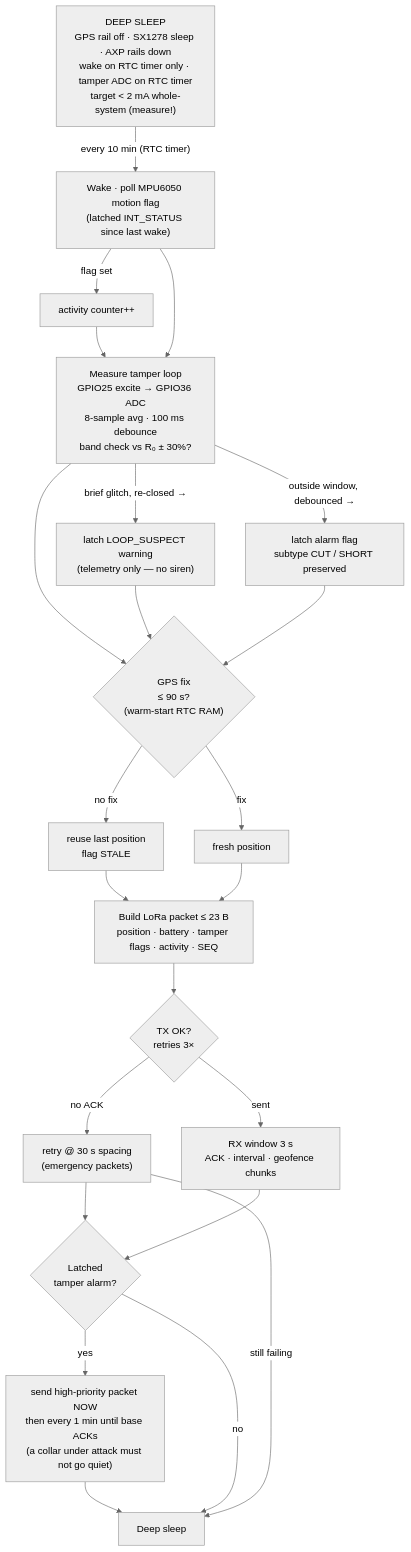
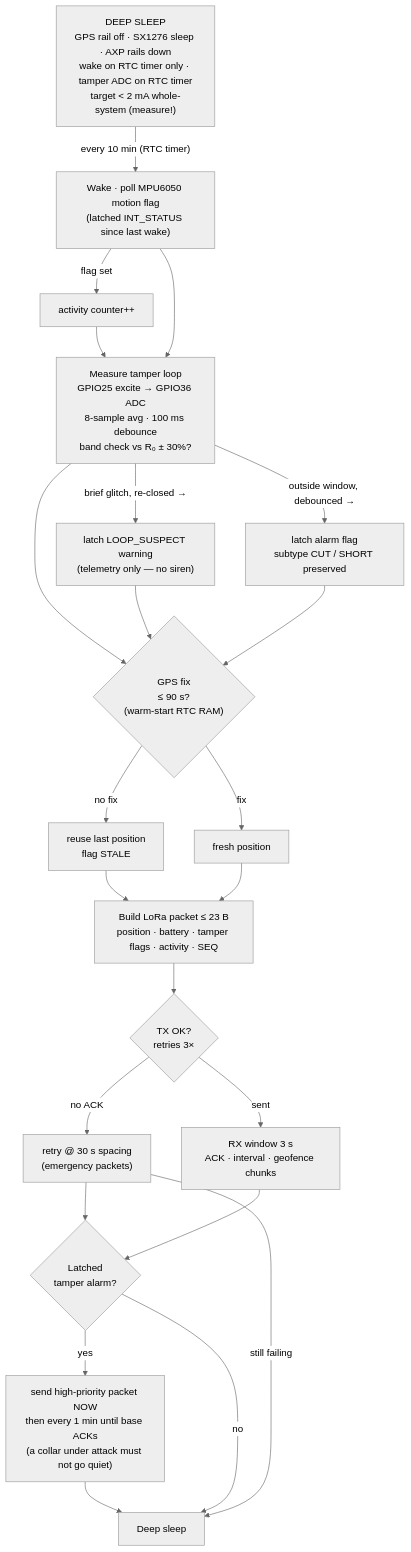
Before and after one commit to qppd/smart-collar: the first of 4 diagrams in docs/FLOWCHART.md, drawn with Mermaid (neutral theme). The commit also changed 15 other files, not shown here.

````diff
--- a/docs/FLOWCHART.md
+++ b/docs/FLOWCHART.md
@@ -11,26 +11,26 @@
 ```mermaid
 flowchart TB
-    SLEEP["DEEP SLEEP<br/>GPS rail off · SX1278 sleep · AXP rails down<br/>wake on RTC timer only · tamper ADC on RTC timer<br/>target &lt; 2 mA whole-system (measure!)"]
+    SLEEP["DEEP SLEEP<br/>GPS rail off · SX1276 sleep · AXP rails down<br/>wake on RTC timer only · tamper ADC on RTC timer<br/>target &lt; 2 mA whole-system (measure!)"]
     SLEEP -- "every 10 min (RTC timer)" --> WAKE["Wake · poll MPU6050 motion flag<br/>(latched INT_STATUS since last wake)"]
     WAKE -- "flag set" --> COUNT["activity counter++"]
     COUNT --> TAMPER
     WAKE -->    TAMPER["Measure tamper loop<br/>GPIO25 excite → GPIO36 ADC<br/>8-sample avg · 100 ms debounce<br/>band check vs R₀ ± 30%?"]
     TAMPER --> GFIX{"GPS fix<br/>≤ 90 s?<br/>(warm-start RTC RAM)"}
     GFIX -- "no fix" --> STALE["reuse last position<br/>flag STALE"]
     GFIX -- "fix" --> POS["fresh position"]
     STALE --> PKT
     POS --> PKT["Build LoRa packet ≤ 23 B<br/>position · battery · tamper flags · activity · SEQ"]
     PKT --> TX{"TX OK?<br/>retries 3×"}
     TX -- "no ACK" --> RETRY["retry @ 30 s spacing<br/>(emergency packets)"]
     RETRY --> LATCHQ
     TX -- "sent" --> RXW["RX window 3 s<br/>ACK · interval · geofence chunks"]
     RXW --> LATCHQ{"Latched<br/>tamper alarm?"}
     LATCHQ -- "yes" --> NOW["send high-priority packet NOW<br/>then every 1 min until base ACKs<br/>(a collar under attack must not go quiet)"]
     NOW --> BACK
     LATCHQ -- "no" --> BACK["Deep sleep"]
     RETRY -- "still failing" --> BACK
     TAMPER -- "brief glitch, re-closed →" --> SUSPECT["latch LOOP_SUSPECT warning<br/>(telemetry only — no siren)"]
     SUSPECT --> GFIX
     TAMPER -- "outside window, debounced →" --> LATCHEV["latch alarm flag<br/>subtype CUT / SHORT preserved"]
     LATCHEV --> GFIX
 ```
````
